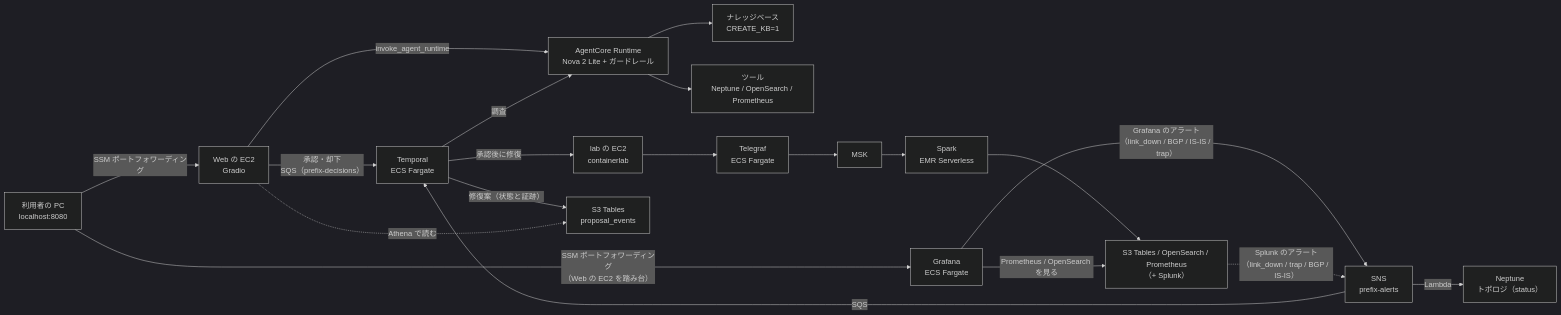
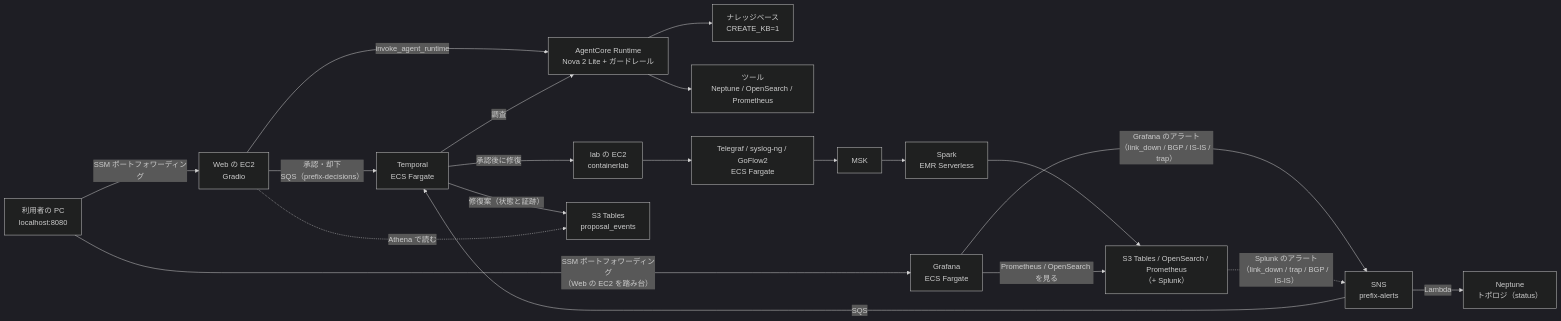
One commit to eddie-eights/nwc-poc changed the diagram in README.md. Above: the diagram before and after it, drawn with Mermaid (dark theme). The commit also changed other lines of this file and 34 other files, not shown here.

First line of the commit message:
MSK に SASL/SCRAM を足し、syslog-ng と GoFlow2 を立てる（012）commit 4: ops が SCRAM の secret と KMS の鍵を作って消し、syslog-ng と GoFlow2 のイメージと待ちを足し、docs を MDT なし・syslog-ng・GoFlow2 に揃える

````diff
--- a/README.md
+++ b/README.md
@@ -8,19 +8,19 @@
 ```mermaid
 flowchart LR
   PC["利用者の PC<br/>localhost:8080"] -->|"SSM ポートフォワーディング"| WEB["Web の EC2<br/>Gradio"]
   WEB -->|"invoke_agent_runtime"| RT["AgentCore Runtime<br/>Nova 2 Lite + ガードレール"]
   RT --> KB["ナレッジベース<br/>CREATE_KB=1"]
   RT --> TOOLS["ツール<br/>Neptune / OpenSearch / Prometheus"]
-  LAB["lab の EC2<br/>containerlab"] --> TG["Telegraf<br/>ECS Fargate"] --> MSK["MSK"] --> SPARK["Spark<br/>EMR Serverless"]
+  LAB["lab の EC2<br/>containerlab"] --> TG["Telegraf / syslog-ng / GoFlow2<br/>ECS Fargate"] --> MSK["MSK"] --> SPARK["Spark<br/>EMR Serverless"]
   SPARK --> STORE["S3 Tables / OpenSearch / Prometheus<br/>（+ Splunk）"]
   PC -->|"SSM ポートフォワーディング<br/>（Web の EC2 を踏み台）"| GRAF["Grafana<br/>ECS Fargate"] -->|"Prometheus / OpenSearch を見る"| STORE
   GRAF -->|"Grafana のアラート<br/>（link_down / BGP / IS-IS / trap）"| SNS["SNS<br/>prefix-alerts"]
   STORE -.->|"Splunk のアラート<br/>（link_down / trap / BGP / IS-IS）"| SNS
   SNS -->|"Lambda"| NEP["Neptune<br/>トポロジ（status）"]
   SNS -->|"SQS"| WF["Temporal<br/>ECS Fargate"]
   WF -->|"修復案（状態と証跡）"| PAUDIT["S3 Tables<br/>proposal_events"]
   WEB -->|"承認・却下<br/>SQS（prefix-decisions）"| WF
   WEB -.->|"Athena で読む"| PAUDIT
   WF -->|"調査"| RT
   WF -->|"承認後に修復"| LAB
 ```
````
